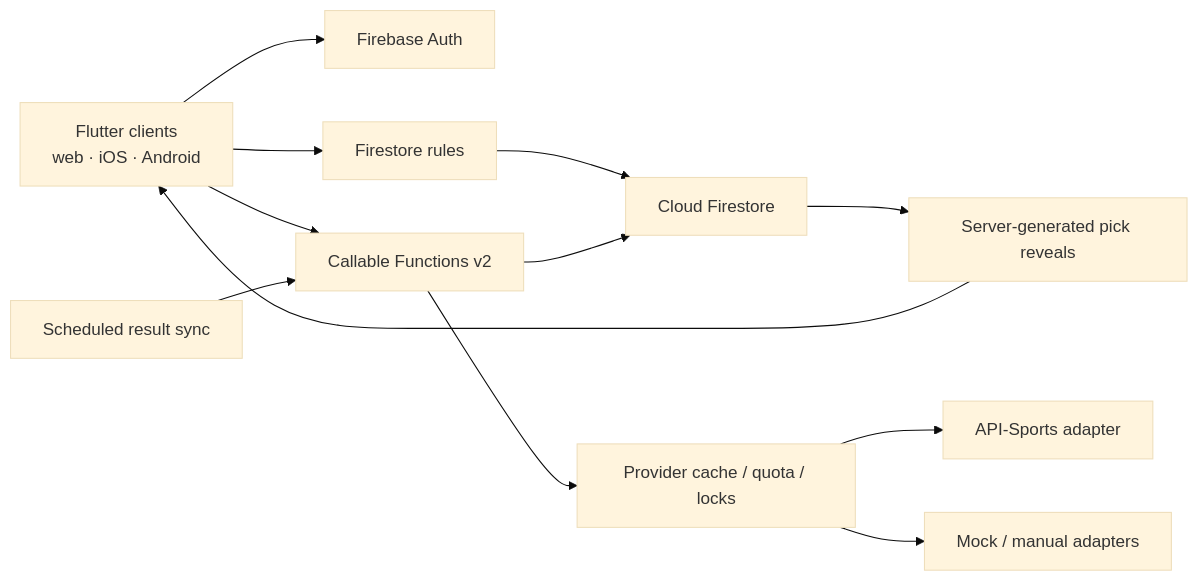
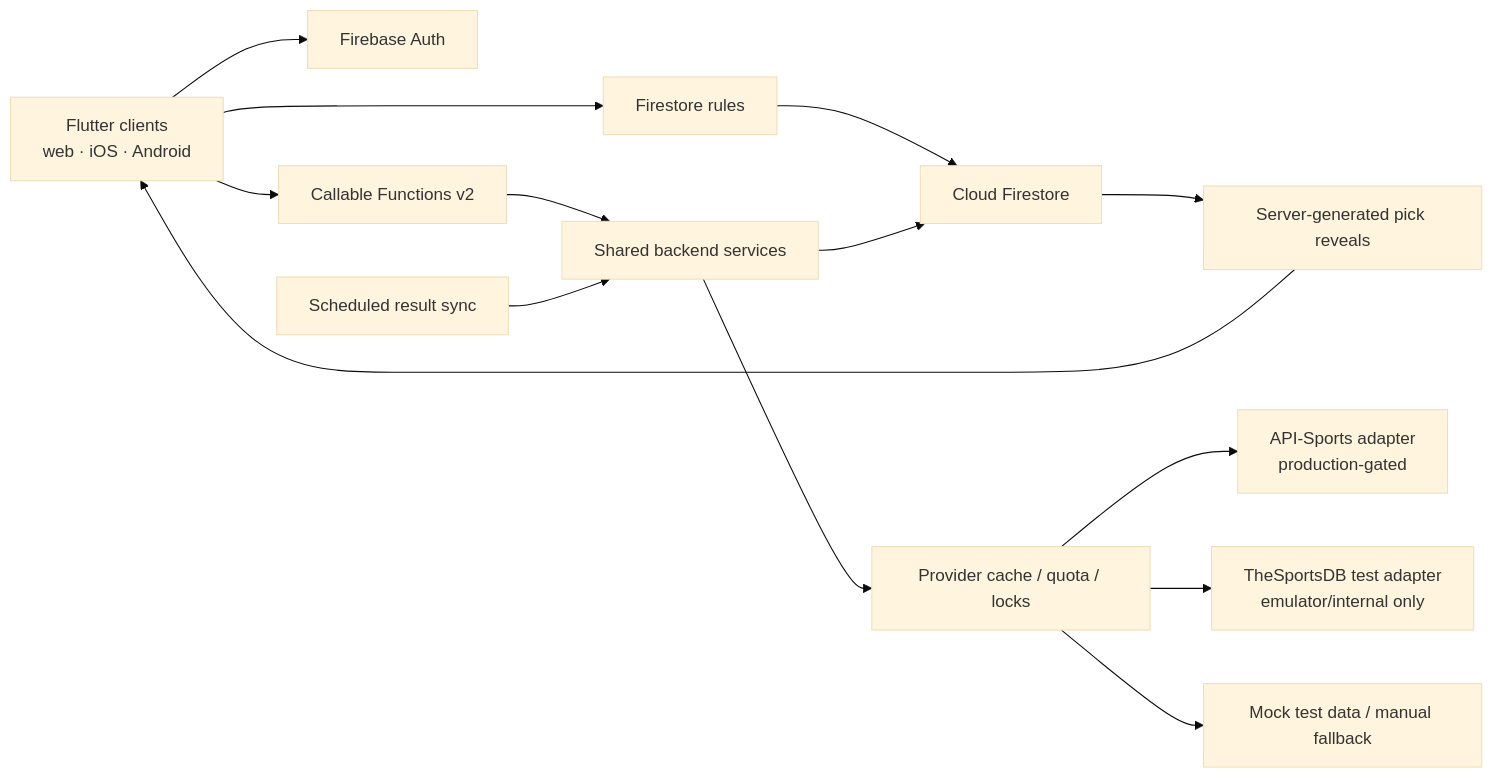
The diagram in docs/architecture.md (mleikam1/lukespics), drawn with Mermaid (base theme) before and after one commit. The commit also changed other lines of this file and 80 other files, not shown here.

Commit message:
Complete connected weekly picker flow

````diff
--- a/docs/architecture.md
+++ b/docs/architecture.md
@@ -5,14 +5,16 @@
 ```mermaid
 flowchart LR
   Client["Flutter clients<br/>web · iOS · Android"] --> Auth["Firebase Auth"]
   Client --> Rules["Firestore rules"]
   Rules --> Firestore["Cloud Firestore"]
   Client --> Callables["Callable Functions v2"]
-  Callables --> Firestore
-  Scheduler["Scheduled result sync"] --> Callables
-  Callables --> Cache["Provider cache / quota / locks"]
-  Cache --> Provider["API-Sports adapter"]
-  Cache --> Mock["Mock / manual adapters"]
+  Callables --> Services["Shared backend services"]
+  Scheduler["Scheduled result sync"] --> Services
+  Services --> Firestore
+  Services --> Cache["Provider cache / quota / locks"]
+  Cache --> Provider["API-Sports adapter<br/>production-gated"]
+  Cache --> Internal["TheSportsDB test adapter<br/>emulator/internal only"]
+  Cache --> Fallback["Mock test data / manual fallback"]
   Firestore --> Reveals["Server-generated pick reveals"]
   Reveals --> Client
 ```
````
